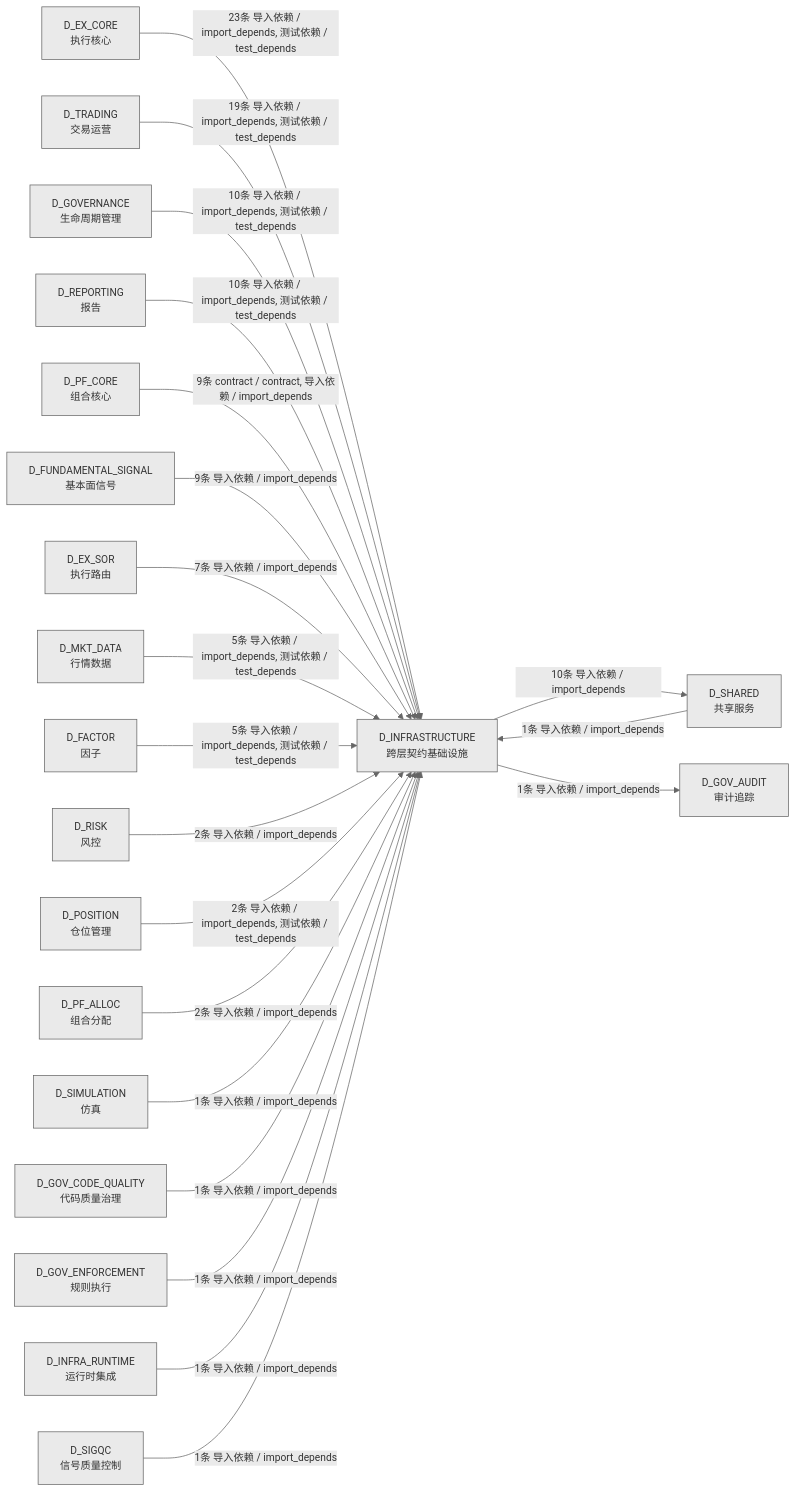
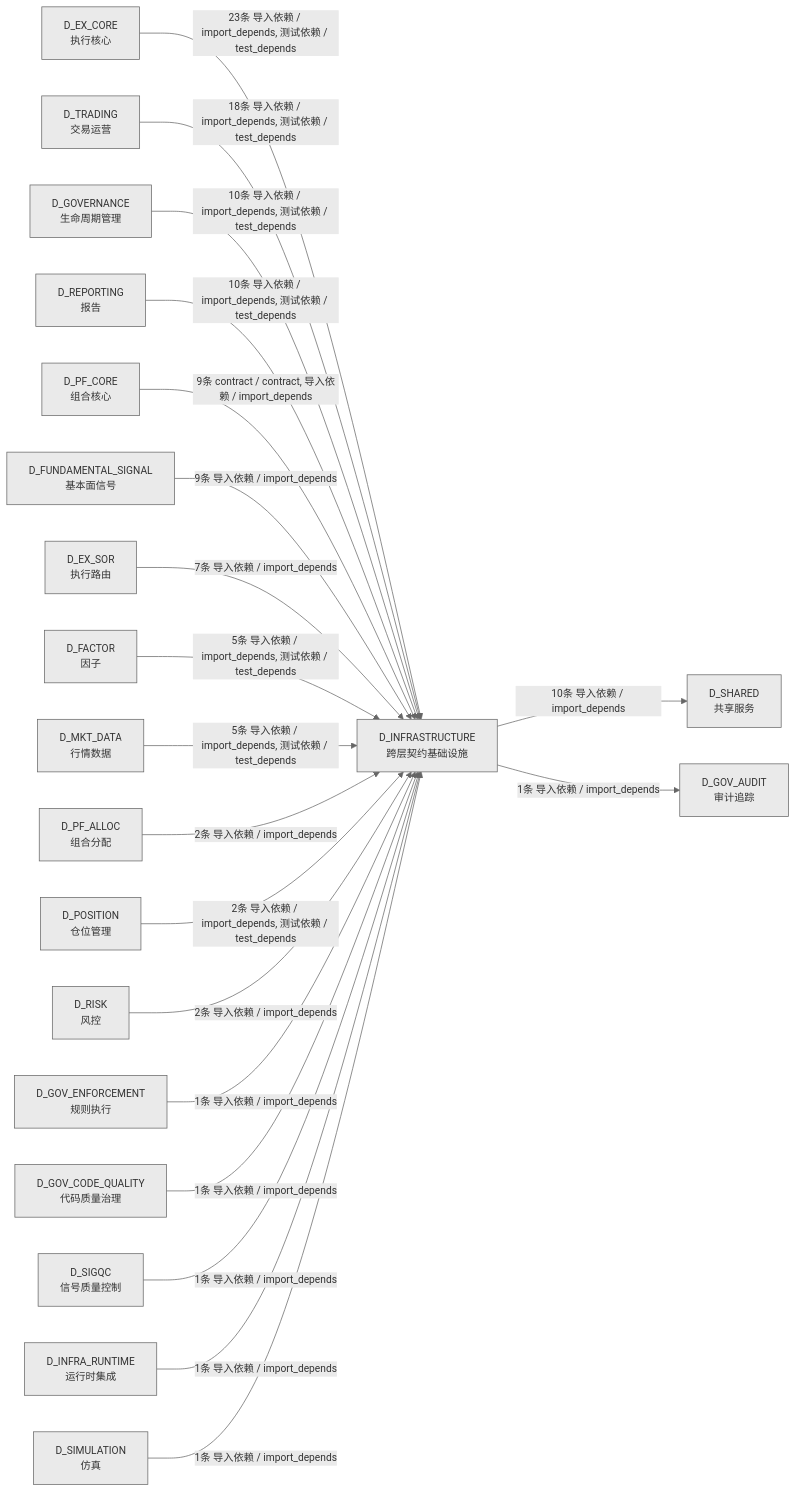
One commit to xuanFelixVan/ZephyrAlpha changed the third of 3 diagrams in docs/02_enterprise_architecture/02_domain_architecture_docs/02_d_infrastructure.md. Above: the diagram before and after it, drawn with Mermaid. The commit also changed other lines of this file and 47 other files, not shown here.

````diff
--- a/docs/02_enterprise_architecture/02_domain_architecture_docs/02_d_infrastructure.md
+++ b/docs/02_enterprise_architecture/02_domain_architecture_docs/02_d_infrastructure.md
@@ -357,44 +357,43 @@
 ```mermaid
 %%{init: {'theme': 'base', 'themeVariables': {'primaryColor': '#eaeaea', 'primaryTextColor': '#333333', 'primaryBorderColor': '#666666', 'lineColor': '#666666', 'secondaryColor': '#eaeaea', 'tertiaryColor': '#eaeaea', 'fontSize': '14px'}}}%%
 graph LR
     D_INFRASTRUCTURE["D_INFRASTRUCTURE<br/>跨层契约基础设施"]
     D_SHARED["D_SHARED<br/>共享服务"]
     D_GOV_AUDIT["D_GOV_AUDIT<br/>审计追踪"]
     D_EX_CORE["D_EX_CORE<br/>执行核心"]
     D_TRADING["D_TRADING<br/>交易运营"]
     D_GOVERNANCE["D_GOVERNANCE<br/>生命周期管理"]
     D_REPORTING["D_REPORTING<br/>报告"]
     D_PF_CORE["D_PF_CORE<br/>组合核心"]
     D_FUNDAMENTAL_SIGNAL["D_FUNDAMENTAL_SIGNAL<br/>基本面信号"]
     D_EX_SOR["D_EX_SOR<br/>执行路由"]
+    D_FACTOR["D_FACTOR<br/>因子"]
     D_MKT_DATA["D_MKT_DATA<br/>行情数据"]
-    D_FACTOR["D_FACTOR<br/>因子"]
+    D_PF_ALLOC["D_PF_ALLOC<br/>组合分配"]
+    D_POSITION["D_POSITION<br/>仓位管理"]
     D_RISK["D_RISK<br/>风控"]
-    D_POSITION["D_POSITION<br/>仓位管理"]
-    D_PF_ALLOC["D_PF_ALLOC<br/>组合分配"]
+    D_GOV_ENFORCEMENT["D_GOV_ENFORCEMENT<br/>规则执行"]
+    D_GOV_CODE_QUALITY["D_GOV_CODE_QUALITY<br/>代码质量治理"]
+    D_SIGQC["D_SIGQC<br/>信号质量控制"]
+    D_INFRA_RUNTIME["D_INFRA_RUNTIME<br/>运行时集成"]
     D_SIMULATION["D_SIMULATION<br/>仿真"]
-    D_GOV_CODE_QUALITY["D_GOV_CODE_QUALITY<br/>代码质量治理"]
-    D_GOV_ENFORCEMENT["D_GOV_ENFORCEMENT<br/>规则执行"]
-    D_INFRA_RUNTIME["D_INFRA_RUNTIME<br/>运行时集成"]
-    D_SIGQC["D_SIGQC<br/>信号质量控制"]
     D_INFRASTRUCTURE -->|10条 导入依赖 / import_depends| D_SHARED
     D_INFRASTRUCTURE -->|1条 导入依赖 / import_depends| D_GOV_AUDIT
     D_EX_CORE -->|23条 导入依赖 / import_depends, 测试依赖 / test_depends| D_INFRASTRUCTURE
-    D_TRADING -->|19条 导入依赖 / import_depends, 测试依赖 / test_depends| D_INFRASTRUCTURE
+    D_TRADING -->|18条 导入依赖 / import_depends, 测试依赖 / test_depends| D_INFRASTRUCTURE
     D_GOVERNANCE -->|10条 导入依赖 / import_depends, 测试依赖 / test_depends| D_INFRASTRUCTURE
     D_REPORTING -->|10条 导入依赖 / import_depends, 测试依赖 / test_depends| D_INFRASTRUCTURE
     D_PF_CORE -->|9条 contract / contract, 导入依赖 / import_depends| D_INFRASTRUCTURE
     D_FUNDAMENTAL_SIGNAL -->|9条 导入依赖 / import_depends| D_INFRASTRUCTURE
     D_EX_SOR -->|7条 导入依赖 / import_depends| D_INFRASTRUCTURE
+    D_FACTOR -->|5条 导入依赖 / import_depends, 测试依赖 / test_depends| D_INFRASTRUCTURE
     D_MKT_DATA -->|5条 导入依赖 / import_depends, 测试依赖 / test_depends| D_INFRASTRUCTURE
-    D_FACTOR -->|5条 导入依赖 / import_depends, 测试依赖 / test_depends| D_INFRASTRUCTURE
+    D_PF_ALLOC -->|2条 导入依赖 / import_depends| D_INFRASTRUCTURE
+    D_POSITION -->|2条 导入依赖 / import_depends, 测试依赖 / test_depends| D_INFRASTRUCTURE
     D_RISK -->|2条 导入依赖 / import_depends| D_INFRASTRUCTURE
-    D_POSITION -->|2条 导入依赖 / import_depends, 测试依赖 / test_depends| D_INFRASTRUCTURE
-    D_PF_ALLOC -->|2条 导入依赖 / import_depends| D_INFRASTRUCTURE
+    D_GOV_ENFORCEMENT -->|1条 导入依赖 / import_depends| D_INFRASTRUCTURE
+    D_GOV_CODE_QUALITY -->|1条 导入依赖 / import_depends| D_INFRASTRUCTURE
+    D_SIGQC -->|1条 导入依赖 / import_depends| D_INFRASTRUCTURE
+    D_INFRA_RUNTIME -->|1条 导入依赖 / import_depends| D_INFRASTRUCTURE
     D_SIMULATION -->|1条 导入依赖 / import_depends| D_INFRASTRUCTURE
-    D_GOV_CODE_QUALITY -->|1条 导入依赖 / import_depends| D_INFRASTRUCTURE
-    D_GOV_ENFORCEMENT -->|1条 导入依赖 / import_depends| D_INFRASTRUCTURE
-    D_INFRA_RUNTIME -->|1条 导入依赖 / import_depends| D_INFRASTRUCTURE
-    D_SHARED -->|1条 导入依赖 / import_depends| D_INFRASTRUCTURE
-    D_SIGQC -->|1条 导入依赖 / import_depends| D_INFRASTRUCTURE
 ```
````
